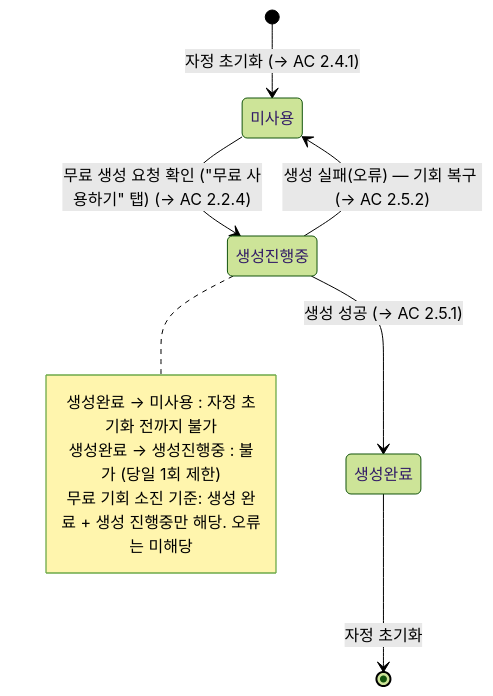
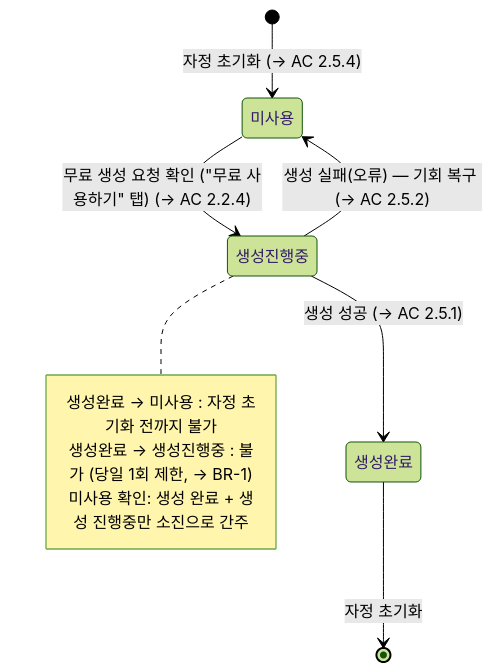
The second of 3 diagrams in docs/prds/PRD-free-tab-filter-diversification.md (zach-wrtn/zzem-orchestrator), drawn with Mermaid (forest theme) before and after one commit. The commit also changed other lines of this file, not shown here.

````diff
--- a/docs/prds/PRD-free-tab-filter-diversification.md
+++ b/docs/prds/PRD-free-tab-filter-diversification.md
@@ -206,14 +211,14 @@
 ```mermaid
 stateDiagram-v2
-    [*] --> 미사용 : 자정 초기화 (→ AC 2.4.1)
+    [*] --> 미사용 : 자정 초기화 (→ AC 2.5.4)
     미사용 --> 생성진행중 : 무료 생성 요청 확인 ("무료 사용하기" 탭) (→ AC 2.2.4)
     생성진행중 --> 생성완료 : 생성 성공 (→ AC 2.5.1)
     생성진행중 --> 미사용 : 생성 실패(오류) — 기회 복구 (→ AC 2.5.2)
     생성완료 --> [*] : 자정 초기화
 
     note right of 생성진행중
         생성완료 → 미사용 : 자정 초기화 전까지 불가
-        생성완료 → 생성진행중 : 불가 (당일 1회 제한)
-        무료 기회 소진 기준: 생성 완료 + 생성 진행중만 해당. 오류는 미해당
+        생성완료 → 생성진행중 : 불가 (당일 1회 제한, → BR-1)
+        미사용 확인: 생성 완료 + 생성 진행중만 소진으로 간주
     end note
 ```
````
